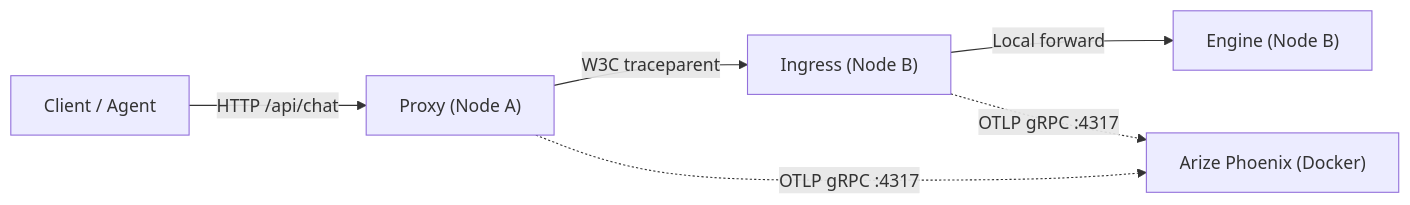
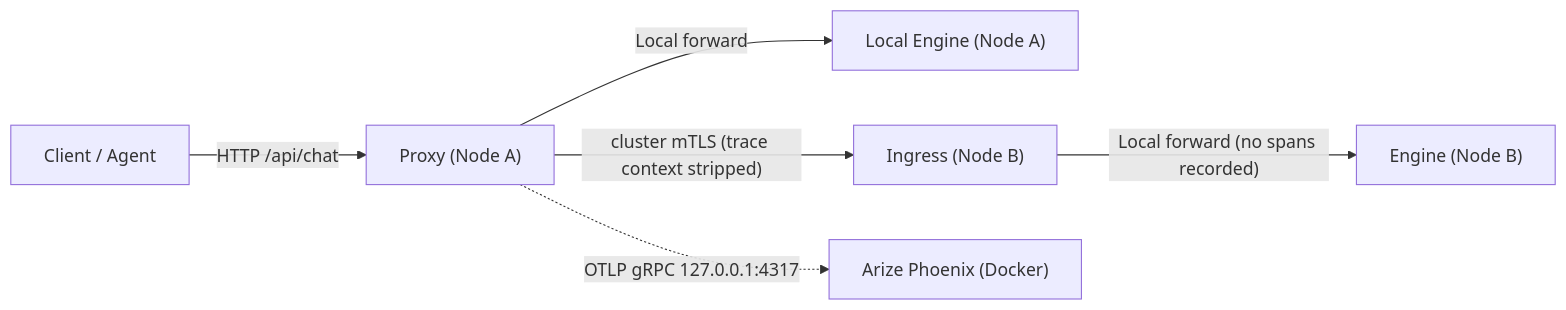
The fifth of 6 diagrams in docs/architecture.mdx (JaredP94/Personal-AI-Router), drawn with Mermaid before and after one commit. The commit also changed other lines of this file and 10 other files, not shown here.

````diff
--- a/docs/architecture.mdx
+++ b/docs/architecture.mdx
@@ -721,8 +722,8 @@
 ```mermaid
 flowchart LR
     Client["Client / Agent"] -->|"HTTP /api/chat"| ProxyA["Proxy (Node A)"]
-    ProxyA -->|"W3C traceparent"| IngressB["Ingress (Node B)"]
-    IngressB -->|"Local forward"| EngineB["Engine (Node B)"]
-    ProxyA -.->|"OTLP gRPC :4317"| Phoenix["Arize Phoenix (Docker)"]
-    IngressB -.->|"OTLP gRPC :4317"| Phoenix
+    ProxyA -->|"Local forward"| EngineA["Local Engine (Node A)"]
+    ProxyA -->|"cluster mTLS (trace context stripped)"| IngressB["Ingress (Node B)"]
+    IngressB -->|"Local forward (no spans recorded)"| EngineB["Engine (Node B)"]
+    ProxyA -.->|"OTLP gRPC 127.0.0.1:4317"| Phoenix["Arize Phoenix (Docker)"]
 ```
````
